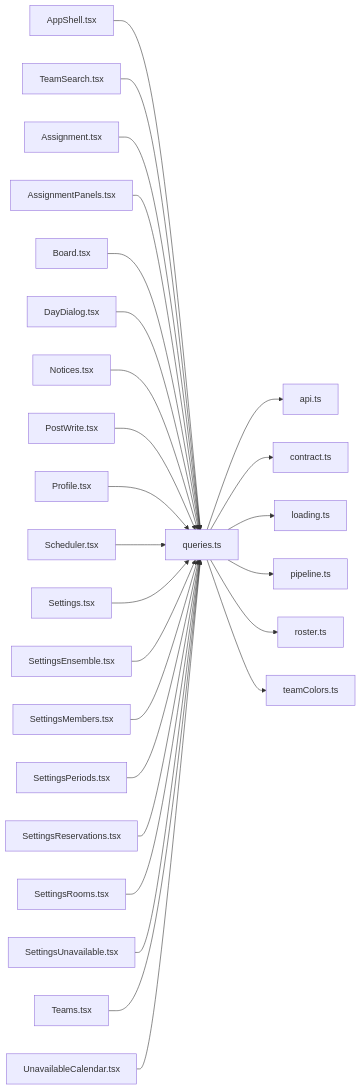
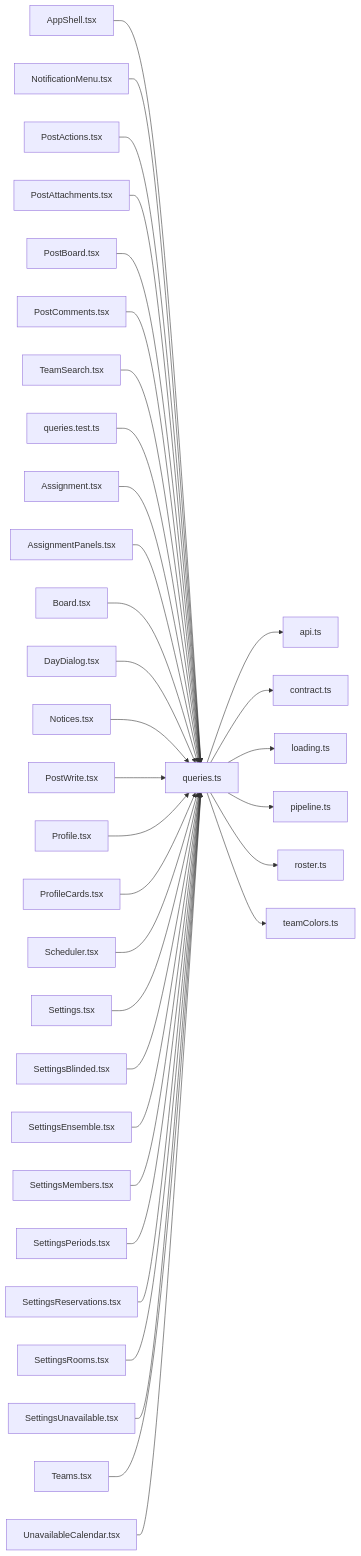
Before and after one commit to minkong-dev/Banblit: the diagram in .cluedoc/graph/frontend/src/components/queries.md, drawn with Mermaid. The commit also changed other lines of this file and 41 other files, not shown here.

First line of the commit message:
frontend: keep shared query keys and the team roster query in queries.ts

````diff
--- a/.cluedoc/graph/frontend/src/components/queries.md
+++ b/.cluedoc/graph/frontend/src/components/queries.md
@@ -10,29 +10,37 @@
 ```mermaid
 flowchart LR
   frontend_src_components_queries["queries.ts"]
   frontend_src_components_queries --> frontend_src_lib_api["api.ts"]
   frontend_src_components_queries --> frontend_src_lib_contract["contract.ts"]
   frontend_src_components_queries --> frontend_src_lib_loading["loading.ts"]
   frontend_src_components_queries --> frontend_src_lib_pipeline["pipeline.ts"]
   frontend_src_components_queries --> frontend_src_lib_roster["roster.ts"]
   frontend_src_components_queries --> frontend_src_lib_teamColors["teamColors.ts"]
   frontend_src_components_AppShell["AppShell.tsx"] --> frontend_src_components_queries
+  frontend_src_components_NotificationMenu["NotificationMenu.tsx"] --> frontend_src_components_queries
+  frontend_src_components_PostActions["PostActions.tsx"] --> frontend_src_components_queries
+  frontend_src_components_PostAttachments["PostAttachments.tsx"] --> frontend_src_components_queries
+  frontend_src_components_PostBoard["PostBoard.tsx"] --> frontend_src_components_queries
+  frontend_src_components_PostComments["PostComments.tsx"] --> frontend_src_components_queries
   frontend_src_components_TeamSearch["TeamSearch.tsx"] --> frontend_src_components_queries
+  frontend_src_components_queries_test["queries.test.ts"] --> frontend_src_components_queries
   frontend_src_routes_Assignment["Assignment.tsx"] --> frontend_src_components_queries
   frontend_src_routes_AssignmentPanels["AssignmentPanels.tsx"] --> frontend_src_components_queries
   frontend_src_routes_Board["Board.tsx"] --> frontend_src_components_queries
   frontend_src_routes_DayDialog["DayDialog.tsx"] --> frontend_src_components_queries
   frontend_src_routes_Notices["Notices.tsx"] --> frontend_src_components_queries
   frontend_src_routes_PostWrite["PostWrite.tsx"] --> frontend_src_components_queries
   frontend_src_routes_Profile["Profile.tsx"] --> frontend_src_components_queries
+  frontend_src_routes_ProfileCards["ProfileCards.tsx"] --> frontend_src_components_queries
   frontend_src_routes_Scheduler["Scheduler.tsx"] --> frontend_src_components_queries
   frontend_src_routes_Settings["Settings.tsx"] --> frontend_src_components_queries
+  frontend_src_routes_SettingsBlinded["SettingsBlinded.tsx"] --> frontend_src_components_queries
   frontend_src_routes_SettingsEnsemble["SettingsEnsemble.tsx"] --> frontend_src_components_queries
   frontend_src_routes_SettingsMembers["SettingsMembers.tsx"] --> frontend_src_components_queries
   frontend_src_routes_SettingsPeriods["SettingsPeriods.tsx"] --> frontend_src_components_queries
   frontend_src_routes_SettingsReservations["SettingsReservations.tsx"] --> frontend_src_components_queries
   frontend_src_routes_SettingsRooms["SettingsRooms.tsx"] --> frontend_src_components_queries
   frontend_src_routes_SettingsUnavailable["SettingsUnavailable.tsx"] --> frontend_src_components_queries
   frontend_src_routes_Teams["Teams.tsx"] --> frontend_src_components_queries
   frontend_src_routes_UnavailableCalendar["UnavailableCalendar.tsx"] --> frontend_src_components_queries
 ```
````
